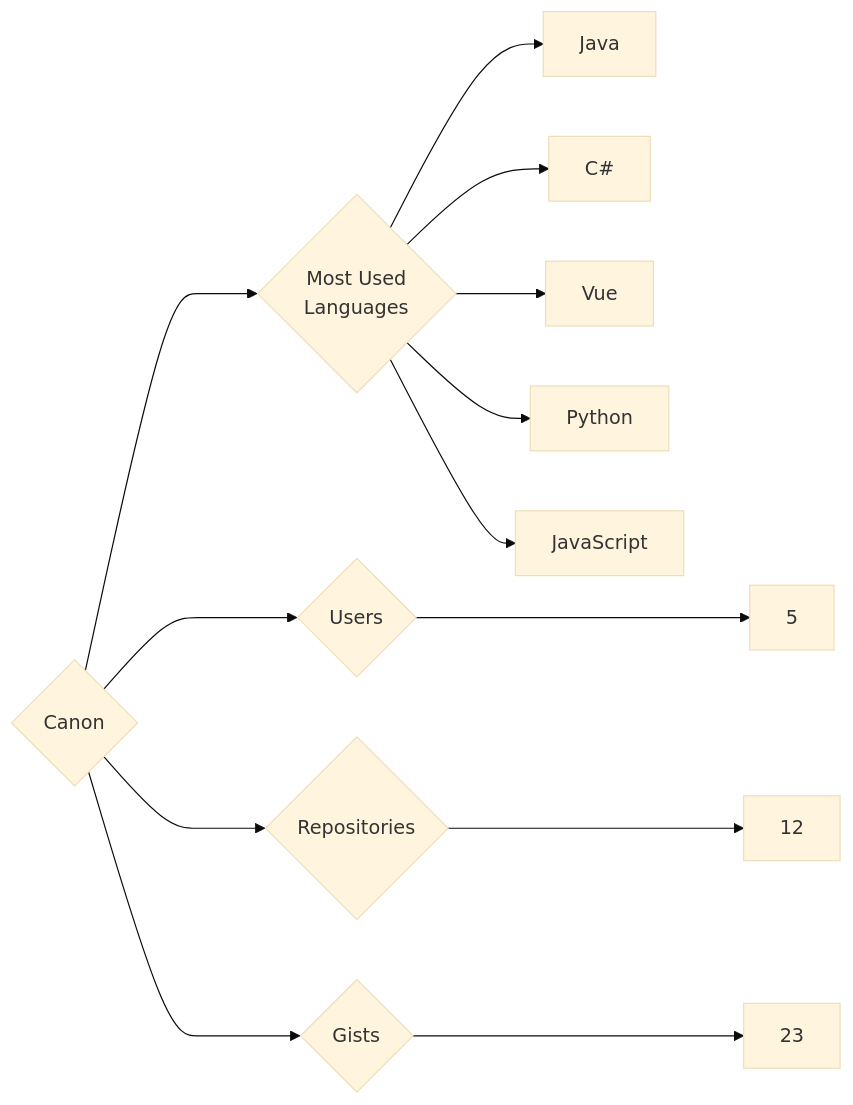
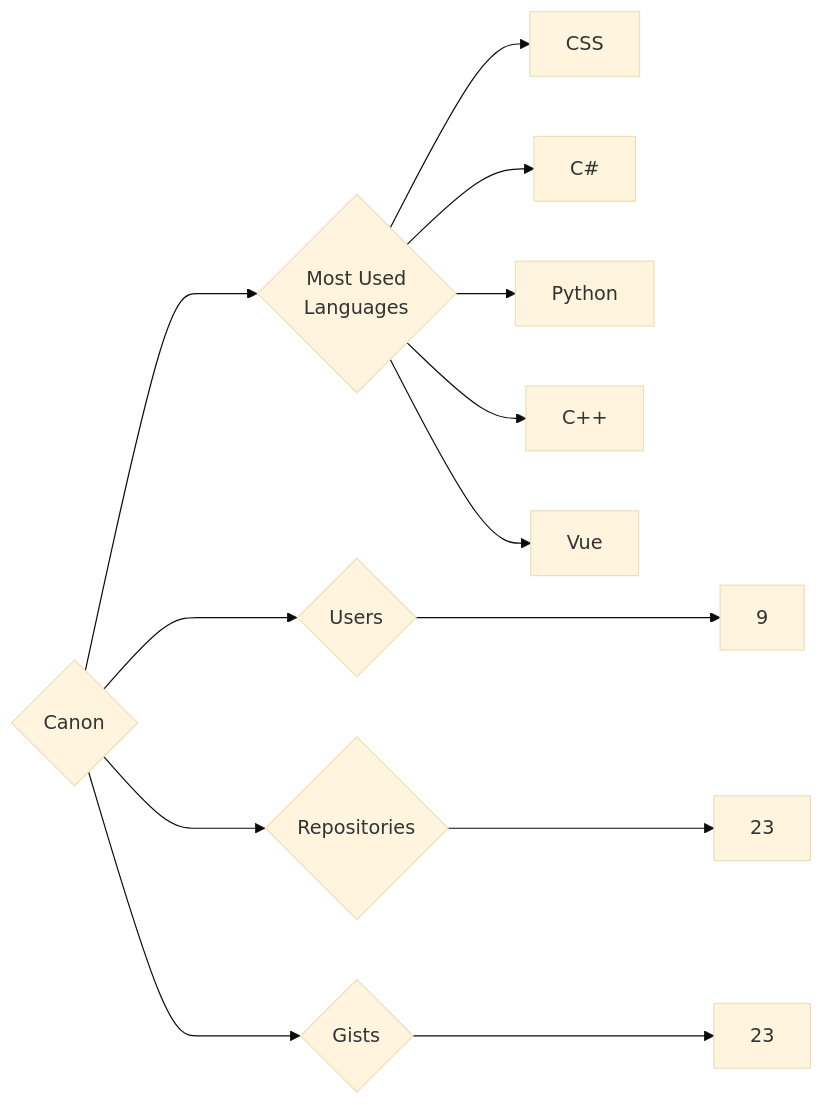
Before and after one commit to trickest/insiders: the diagram in targets/Canon/README.md, drawn with Mermaid (base theme). The commit also changed 997 other files, not shown here.

````diff
--- a/targets/Canon/README.md
+++ b/targets/Canon/README.md
@@ -3,13 +3,13 @@
 ```mermaid
 graph LR
 COMPANY_NAME{Canon}
-COMPANY_NAME ---> U{Users} ---> UN[5]
-COMPANY_NAME ---> R{Repositories} ---> RN[12]
+COMPANY_NAME ---> U{Users} ---> UN[9]
+COMPANY_NAME ---> R{Repositories} ---> RN[23]
 COMPANY_NAME ---> G{Gists} ---> GN[23]
 COMPANY_NAME ---> ML{Most Used<br>Languages}
-ML --> Java[Java]
+ML --> CSS[CSS]
 ML --> C#[C#]
+ML --> Python[Python]
+ML --> C++[C++]
 ML --> Vue[Vue]
-ML --> Python[Python]
-ML --> JavaScript[JavaScript]
 ```
````
